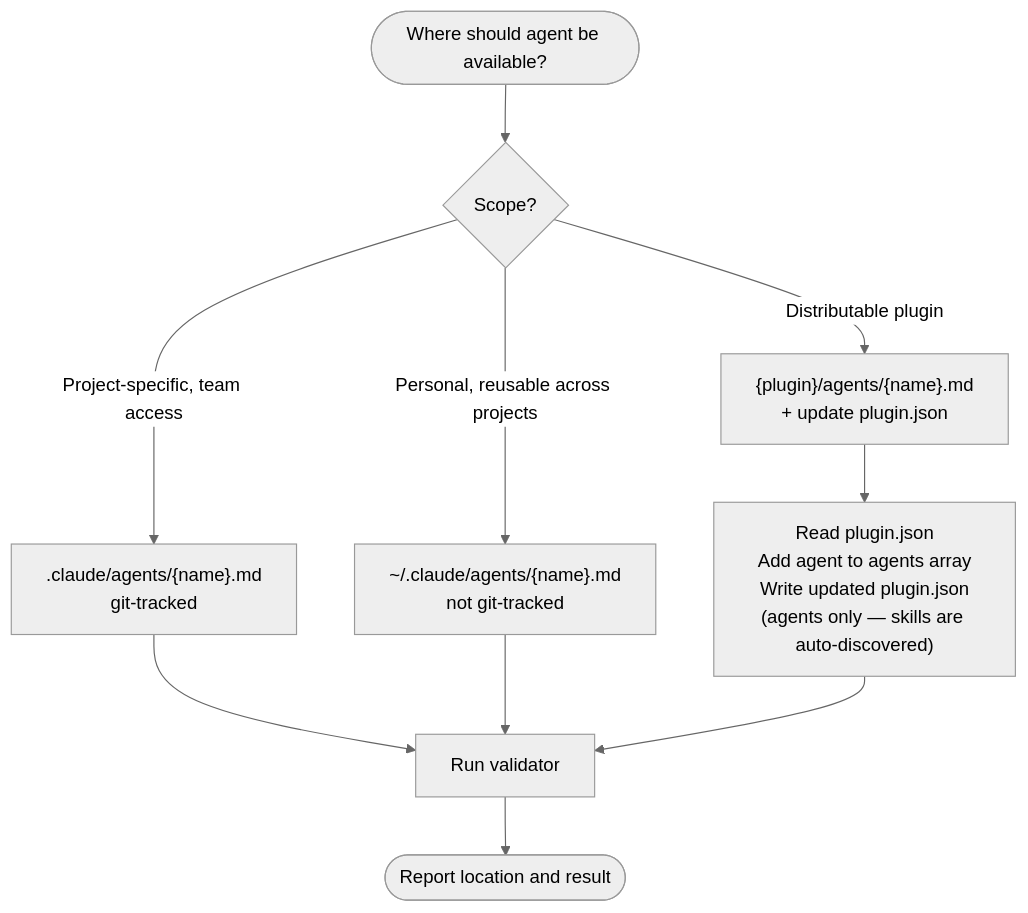
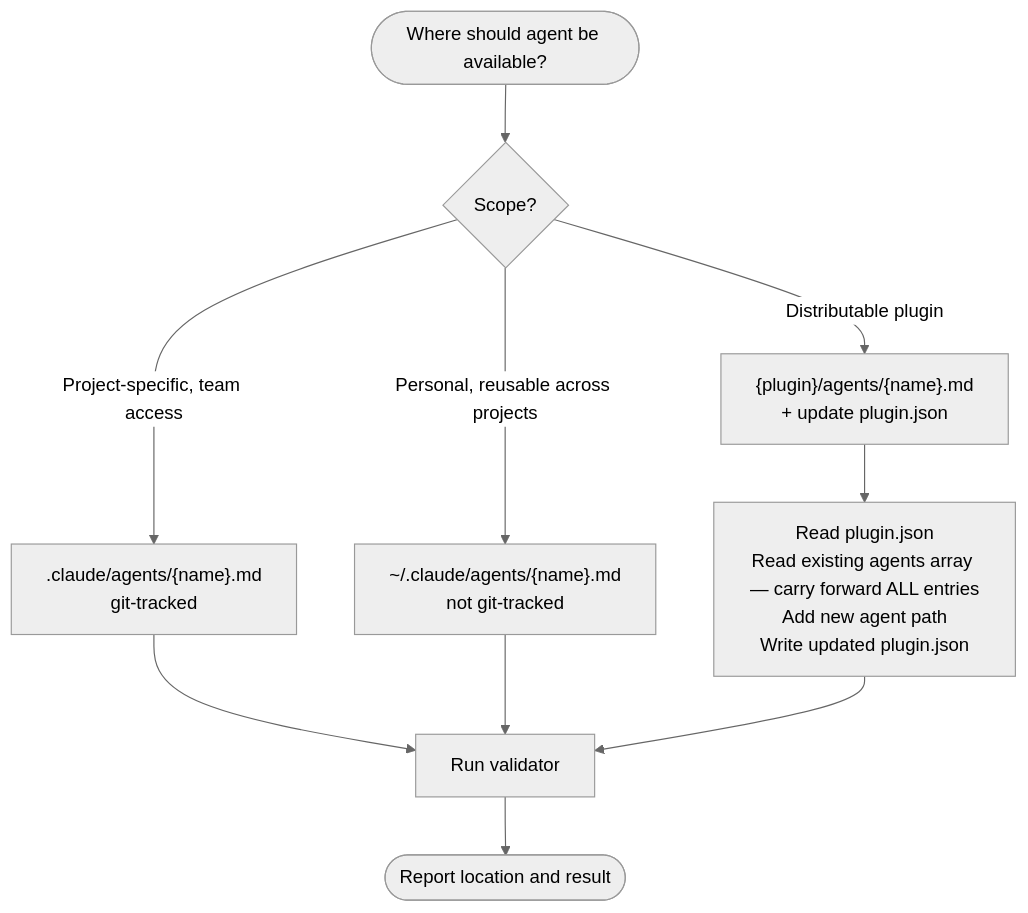
The third of 5 diagrams in plugins/plugin-creator/agents/agent-creator.md (chgreer1070/claude_skills), drawn with Mermaid (neutral theme) before and after one commit. The commit also changed other lines of this file and 10 other files, not shown here.

````diff
--- a/plugins/plugin-creator/agents/agent-creator.md
+++ b/plugins/plugin-creator/agents/agent-creator.md
@@ -132,12 +132,12 @@
 ```mermaid
 flowchart TD
     Start([Where should agent be available?]) --> Q1{Scope?}
     Q1 -->|Project-specific, team access| Project[".claude/agents/{name}.md<br>git-tracked"]
     Q1 -->|Personal, reusable across projects| User["~/.claude/agents/{name}.md<br>not git-tracked"]
     Q1 -->|Distributable plugin| Plugin["{plugin}/agents/{name}.md<br>+ update plugin.json"]
     Project --> Validate[Run validator]
     User --> Validate
-    Plugin --> UpdateJSON["Read plugin.json<br>Add agent to agents array<br>Write updated plugin.json<br>(agents only — skills are auto-discovered)"]
+    Plugin --> UpdateJSON["Read plugin.json<br>Read existing agents array — carry forward ALL entries<br>Add new agent path<br>Write updated plugin.json"]
     UpdateJSON --> Validate
     Validate --> Done([Report location and result])
 ```
````
